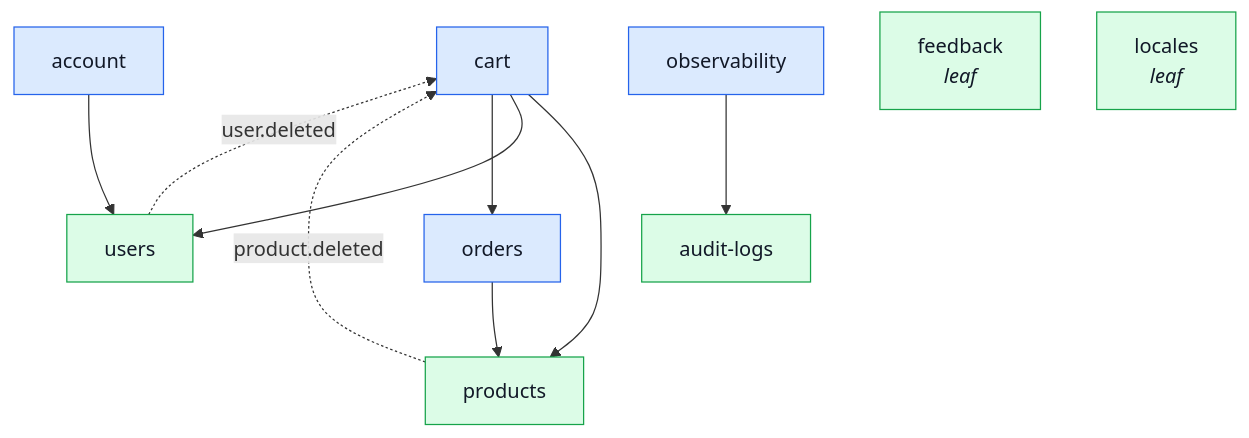
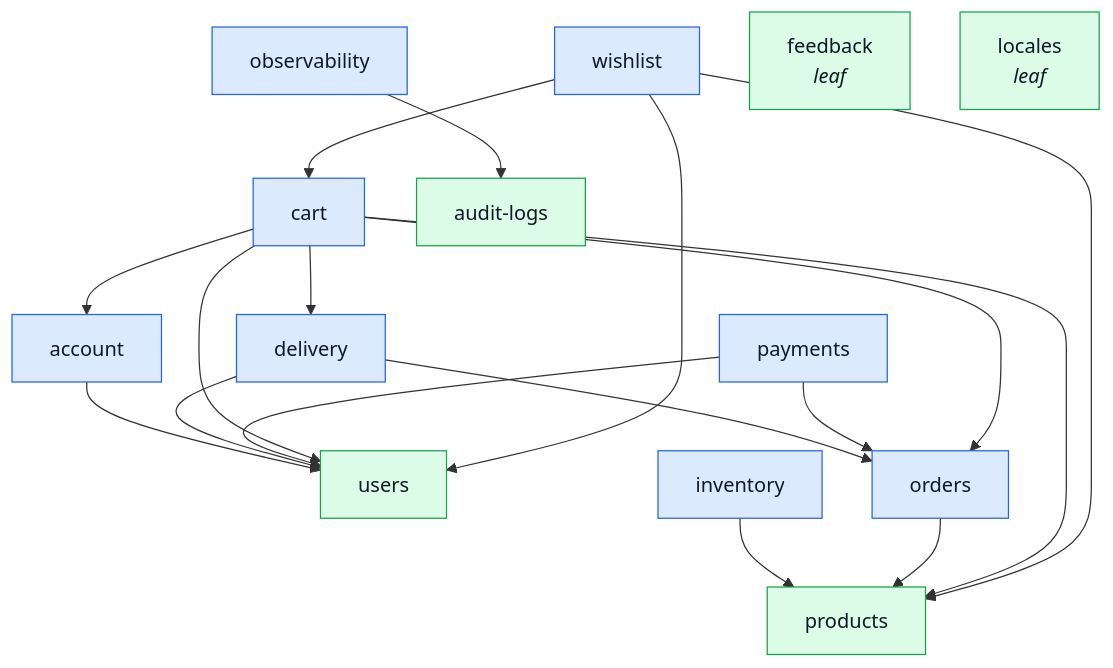
One commit to Guebbit/boilerplate-node-backend changed the sixth of 8 diagrams in docs/theory/modules.md. Above: the diagram before and after it, drawn with Mermaid. The commit also changed other lines of this file and 40 other files, not shown here.

````diff
--- a/docs/theory/modules.md
+++ b/docs/theory/modules.md
@@ -330,20 +382,27 @@
 ```mermaid
-%%{init: {'flowchart': {'nodeSpacing': 45, 'rankSpacing': 60}}}%%
+%%{init: {'flowchart': {'nodeSpacing': 40, 'rankSpacing': 55}}}%%
 flowchart TD
+    wishlist --> cart
+    wishlist --> products
+    wishlist --> users
+    cart --> account
+    cart --> delivery
+    cart --> orders
     cart --> products
     cart --> users
-    cart --> orders
+    payments --> orders
+    payments --> users
+    delivery --> orders
+    delivery --> users
     orders --> products
+    inventory --> products
     account --> users
     observability --> audit-logs
     feedback["feedback<br/><i>leaf</i>"]
     locales["locales<br/><i>leaf</i>"]
 
-    products -.->|"product.deleted"| cart
-    users -.->|"user.deleted"| cart
-
     classDef domain fill:#dbeafe,stroke:#2563eb,color:#111827;
     classDef leaf fill:#dcfce7,stroke:#16a34a,color:#111827;
-    class cart,orders,account,observability domain;
+    class cart,orders,account,observability,wishlist,payments,delivery,inventory domain;
     class products,users,feedback,locales,audit-logs leaf;
 ```
````
